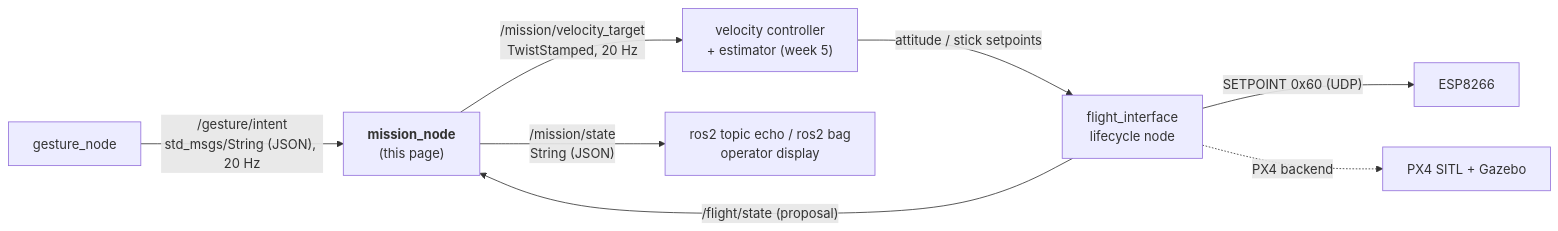
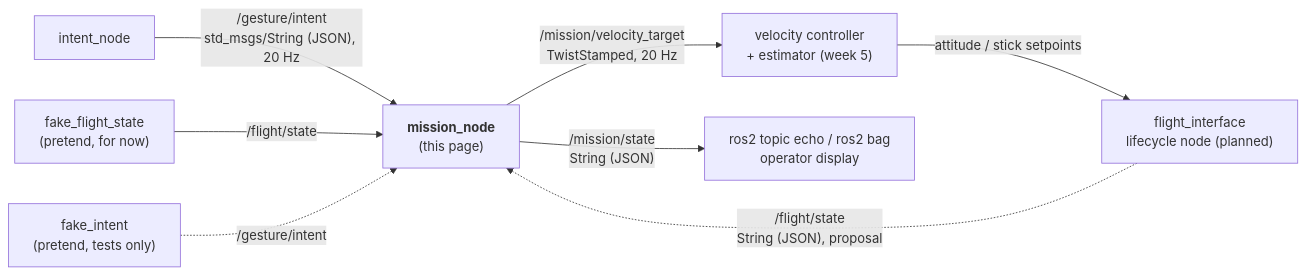
Before and after one commit to SEAME-pt/SEA-ME_Team1_ROSRangers: the first of 2 diagrams in docs/PraticalPlan/06 Gestures/04 Mission_Node.md, drawn with Mermaid. The commit also changed other lines of this file and 21 other files, not shown here.

````diff
--- a/docs/PraticalPlan/06 Gestures/04 Mission_Node.md
+++ b/docs/PraticalPlan/06 Gestures/04 Mission_Node.md
@@ -26,10 +32,10 @@
 ```mermaid
 flowchart LR
-  GN[gesture_node] -->|"/gesture/intent<br/>std_msgs/String (JSON), 20 Hz"| M["<b>mission_node</b><br/>(this page)"]
-  FI -->|"/flight/state (proposal)"| M
+  GN[intent_node] -->|"/gesture/intent<br/>std_msgs/String (JSON), 20 Hz"| M["<b>mission_node</b><br/>(this page)"]
+  FI -.->|"/flight/state<br/>String (JSON), proposal"| M
+  FFS["fake_flight_state<br/>(pretend, for now)"] -->|"/flight/state"| M
+  FINT["fake_intent<br/>(pretend, tests only)"] -.->|"/gesture/intent"| M
   M -->|"/mission/velocity_target<br/>TwistStamped, 20 Hz"| C["velocity controller<br/>+ estimator (week 5)"]
   M -->|"/mission/state<br/>String (JSON)"| LOG["ros2 topic echo / ros2 bag<br/>operator display"]
-  C -->|"attitude / stick setpoints"| FI["flight_interface<br/>lifecycle node"]
-  FI -->|"SETPOINT 0x60 (UDP)"| ESP[ESP8266]
-  FI -.->|"PX4 backend"| SIM["PX4 SITL + Gazebo"]
+  C -->|"attitude / stick setpoints"| FI["flight_interface<br/>lifecycle node (planned)"]
 ```
````
